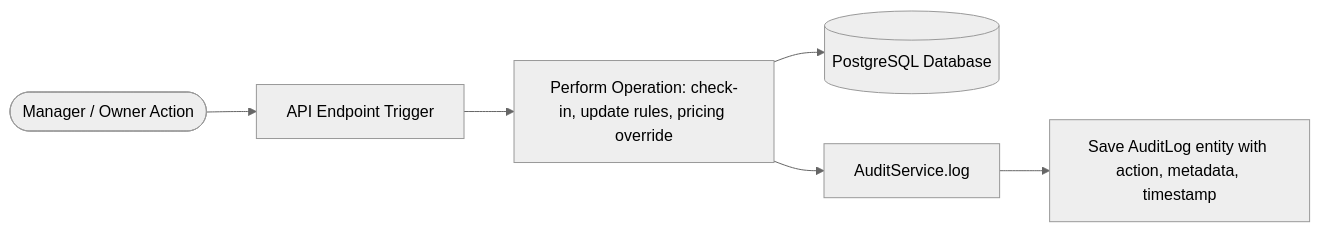
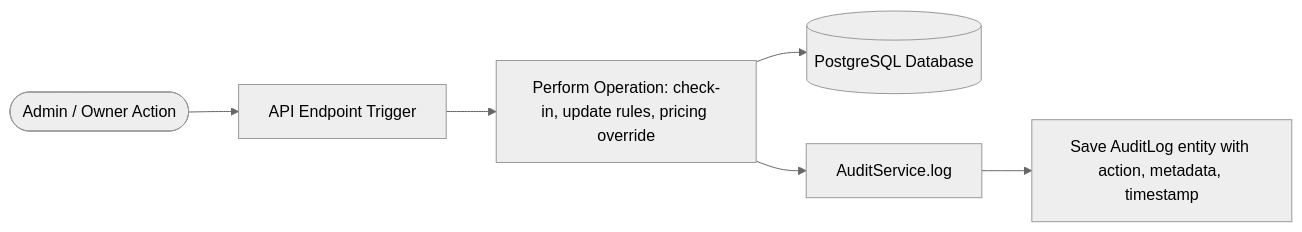
One commit to rahul-0906/PG-Project changed the eighth of 21 diagrams in docs/WORKFLOWS.md. Above: the diagram before and after it, drawn with Mermaid (neutral theme). The commit also changed other lines of this file and 7 other files, not shown here.

Commit message:
Comprehensive documentation overhaul: update 4-tier roles, workflows, calculations, architecture, and onboarding SOP

````diff
--- a/docs/WORKFLOWS.md
+++ b/docs/WORKFLOWS.md
@@ -236,8 +247,8 @@
 ```mermaid
 flowchart LR
-    Admin([Manager / Owner Action]) --> API[API Endpoint Trigger]
+    Admin([Admin / Owner Action]) --> API[API Endpoint Trigger]
     API --> Action[Perform Operation: check-in, update rules, pricing override]
     Action --> DB[(PostgreSQL Database)]
     Action --> Audit[AuditService.log]
     Audit --> DB_Log[Save AuditLog entity with action, metadata, timestamp]
 ```
````
